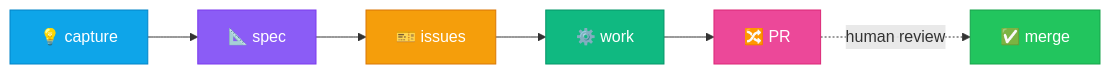
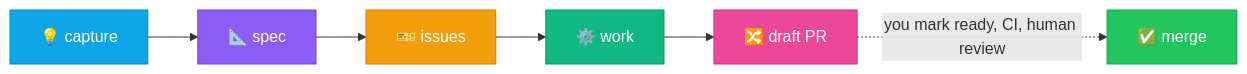
Before and after one commit to element22llc/e22-plugins: the second of 2 diagrams in presentation/onboarding/slides.md, drawn with Mermaid. The commit also changed other lines of this file, not shown here.

````diff
--- a/presentation/onboarding/slides.md
+++ b/presentation/onboarding/slides.md
@@ -609,14 +615,14 @@
 ```mermaid {scale: 0.9}
 flowchart LR
     C["💡 capture"] --> SP["📐 spec"]
     SP --> I["🎫 issues"]
     I --> WK["⚙️ work"]
-    WK --> PR["🔀 PR"]
-    PR -.->|human review| M["✅ merge"]
+    WK --> PR["🔀 draft PR"]
+    PR -.->|you mark ready, CI, human review| M["✅ merge"]
     style C fill:#0ea5e9,color:#fff,stroke:#0284c7
     style SP fill:#8b5cf6,color:#fff,stroke:#7c3aed
     style I fill:#f59e0b,color:#fff,stroke:#d97706
     style WK fill:#10b981,color:#fff,stroke:#059669
     style PR fill:#ec4899,color:#fff,stroke:#db2777
     style M fill:#22c55e,color:#fff,stroke:#16a34a
 ```
````
